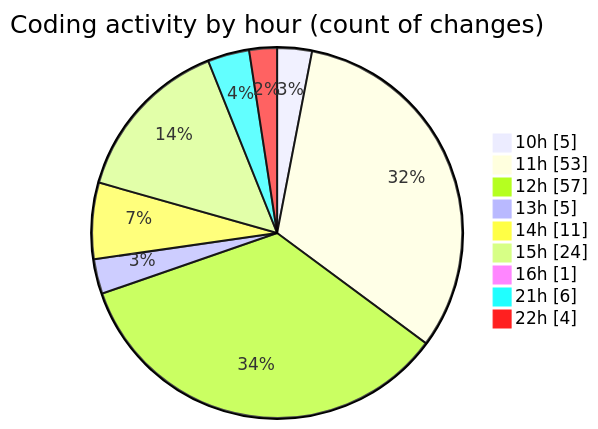
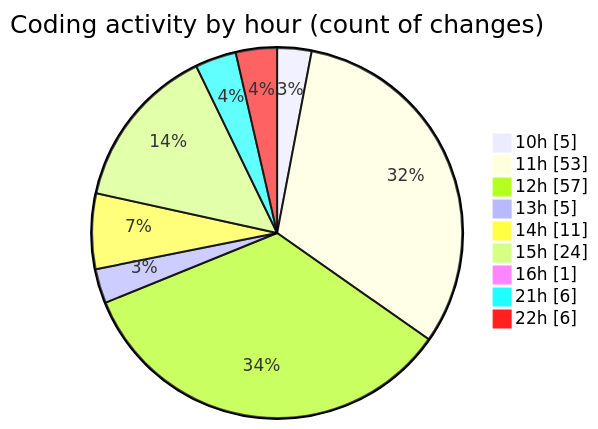
Before and after one commit to momahboobian/code-tracking: the second of 2 diagrams in 2025-06-17/cda/README.md, drawn with Mermaid. The commit also changed other lines of this file and 1 other file, not shown here.

````diff
--- a/2025-06-17/cda/README.md
+++ b/2025-06-17/cda/README.md
@@ -58,13 +59,13 @@
 ```mermaid
 pie showData
 title Coding activity by hour (count of changes)
 "10h" : 5
 "11h" : 53
 "12h" : 57
 "13h" : 5
 "14h" : 11
 "15h" : 24
 "16h" : 1
 "21h" : 6
-"22h" : 4
+"22h" : 6
 ```
````
